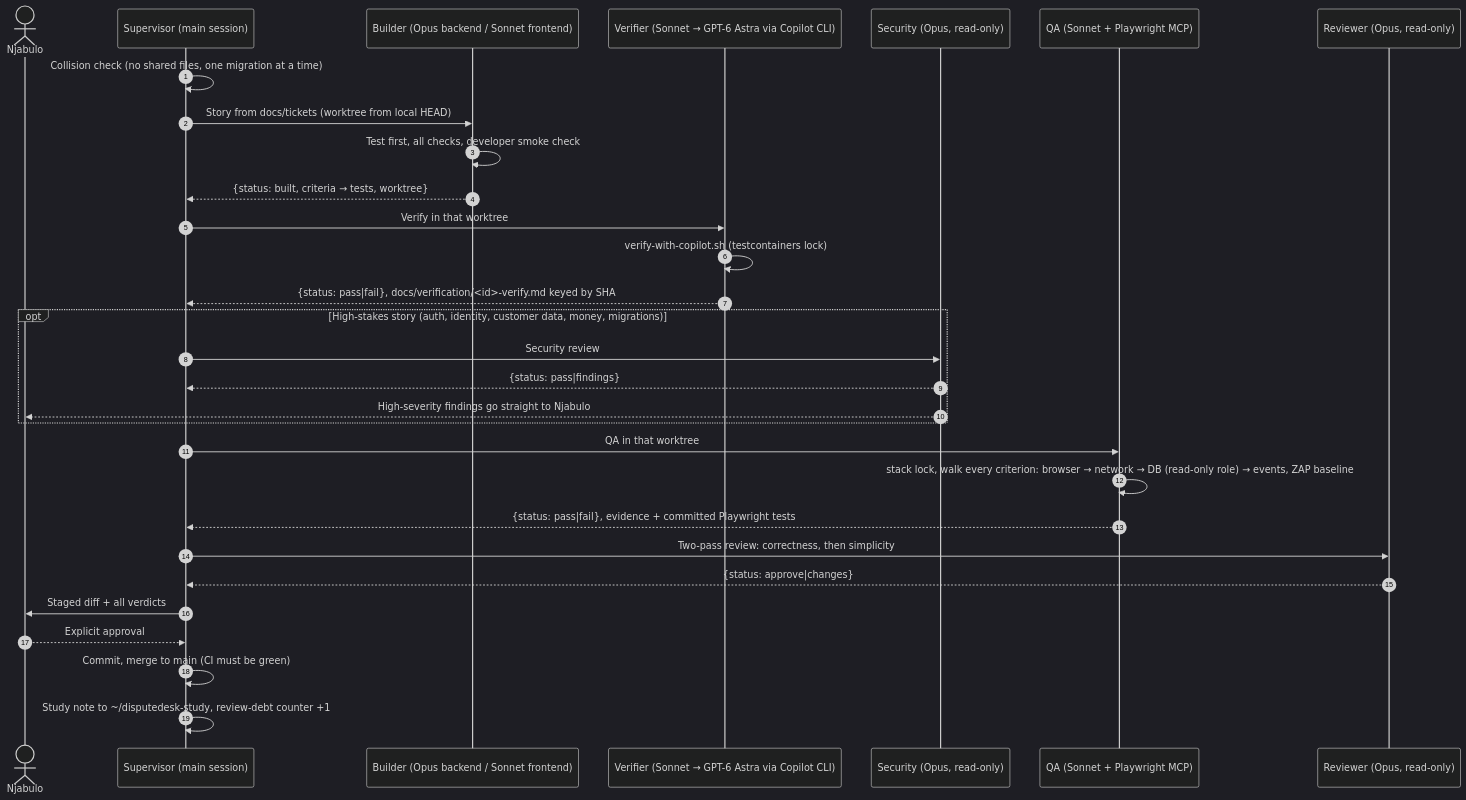
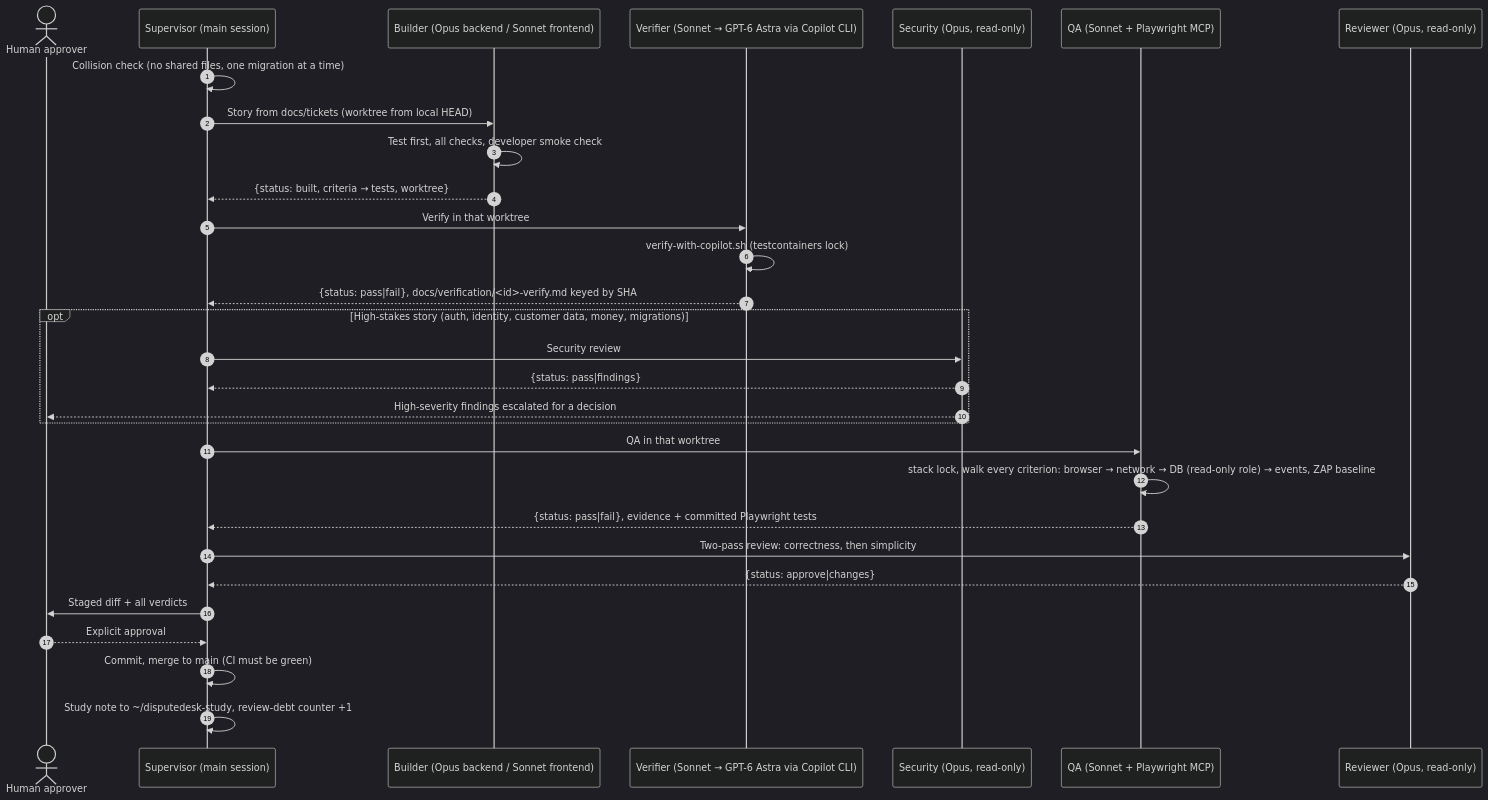
One commit to njabulozmnisi/disputedesk changed the second of 3 diagrams in docs/process/agentic-sdlc.md. Above: the diagram before and after it, drawn with Mermaid (dark theme). The commit also changed other lines of this file and 28 other files, not shown here.

Commit message:
docs: final architecture, Gate 1 amendments, Microsoft Learn conventions, PascalCase naming, neutral language

````diff
--- a/docs/process/agentic-sdlc.md
+++ b/docs/process/agentic-sdlc.md
@@ -50,33 +50,33 @@
 ```mermaid
 sequenceDiagram
     autonumber
-    actor N as Njabulo
+    actor N as Human approver
     participant S as Supervisor (main session)
     participant B as Builder (Opus backend / Sonnet frontend)
     participant V as Verifier (Sonnet → GPT-6 Astra via Copilot CLI)
     participant SEC as Security (Opus, read-only)
     participant Q as QA (Sonnet + Playwright MCP)
     participant R as Reviewer (Opus, read-only)
 
     S->>S: Collision check (no shared files, one migration at a time)
     S->>B: Story from docs/tickets (worktree from local HEAD)
     B->>B: Test first, all checks, developer smoke check
     B-->>S: {status: built, criteria → tests, worktree}
     S->>V: Verify in that worktree
     V->>V: verify-with-copilot.sh (testcontainers lock)
     V-->>S: {status: pass|fail}, docs/verification/<id>-verify.md keyed by SHA
     opt High-stakes story (auth, identity, customer data, money, migrations)
         S->>SEC: Security review
         SEC-->>S: {status: pass|findings}
-        SEC-->>N: High-severity findings go straight to Njabulo
+        SEC-->>N: High-severity findings escalated for a decision
     end
     S->>Q: QA in that worktree
     Q->>Q: stack lock, walk every criterion: browser → network → DB (read-only role) → events, ZAP baseline
     Q-->>S: {status: pass|fail}, evidence + committed Playwright tests
     S->>R: Two-pass review: correctness, then simplicity
     R-->>S: {status: approve|changes}
     S->>N: Staged diff + all verdicts
     N-->>S: Explicit approval
     S->>S: Commit, merge to main (CI must be green)
     S->>S: Study note to ~/disputedesk-study, review-debt counter +1
 ```
````
